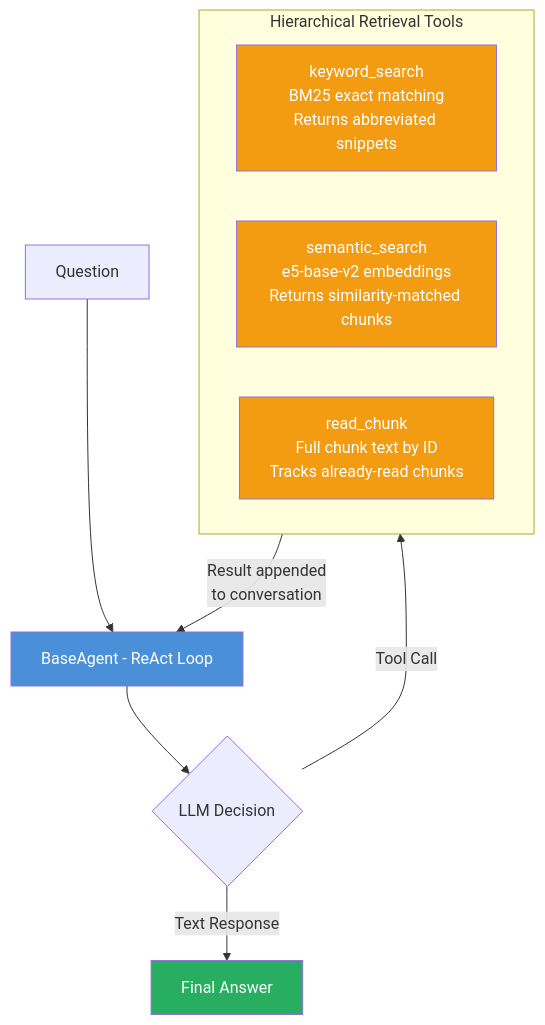
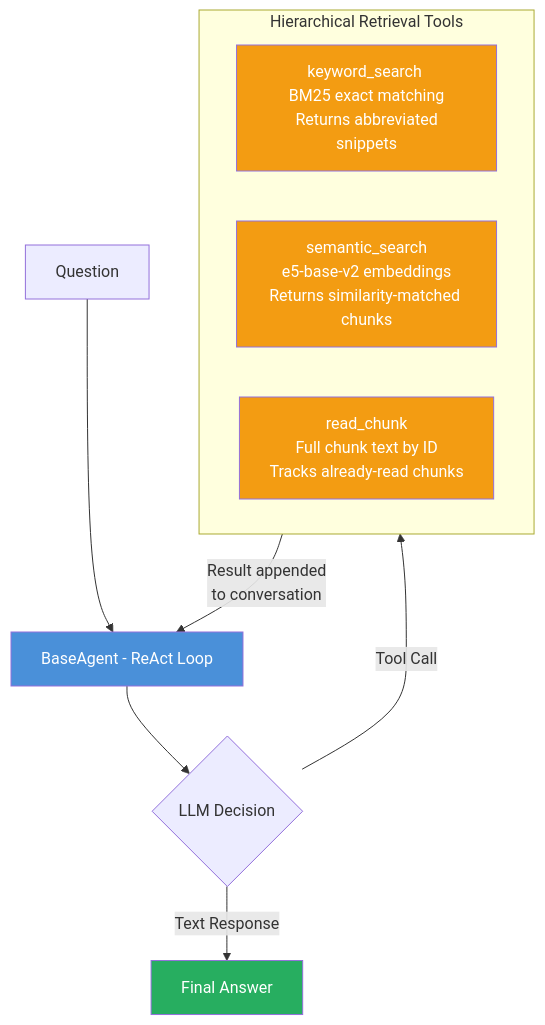
One commit to pradyutnair/msc-thesis changed the first of 4 diagrams in 03-sage-multi-agent/ARCHITECTURE.md. Above: the diagram before and after it, drawn with Mermaid. The commit also changed other lines of this file and 224 other files, not shown here.

````diff
--- a/03-sage-multi-agent/ARCHITECTURE.md
+++ b/03-sage-multi-agent/ARCHITECTURE.md
@@ -76,21 +86,21 @@
 ```mermaid
 flowchart TD
     Q[Question] --> Agent[BaseAgent - ReAct Loop]
     Agent --> Decision{LLM Decision}
     Decision -->|Tool Call| Tools
     Decision -->|Text Response| Answer[Final Answer]
 
     subgraph Tools [Hierarchical Retrieval Tools]
-        KW[keyword_search\nBM25 exact matching\nReturns abbreviated snippets]
+        KW[keyword_search <br> BM25 exact matching <br> Returns abbreviated snippets]
         SEM[semantic_search\ne5-base-v2 embeddings\nReturns similarity-matched chunks]
         READ[read_chunk\nFull chunk text by ID\nTracks already-read chunks]
     end
 
     Tools -->|Result appended\nto conversation| Agent
 
     style Agent fill:#4a90d9,color:#fff
     style Answer fill:#27ae60,color:#fff
     style KW fill:#f39c12,color:#fff
     style SEM fill:#f39c12,color:#fff
     style READ fill:#f39c12,color:#fff
 ```
````
